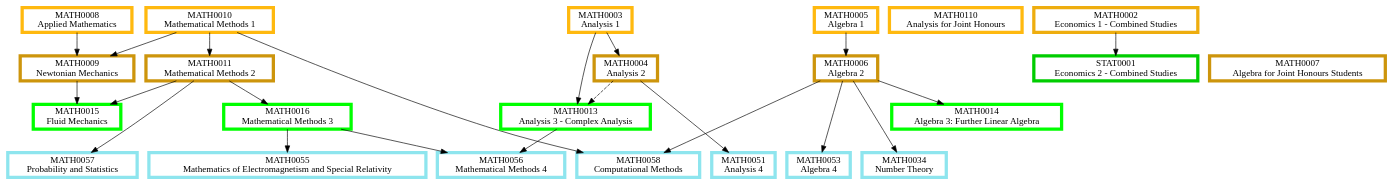
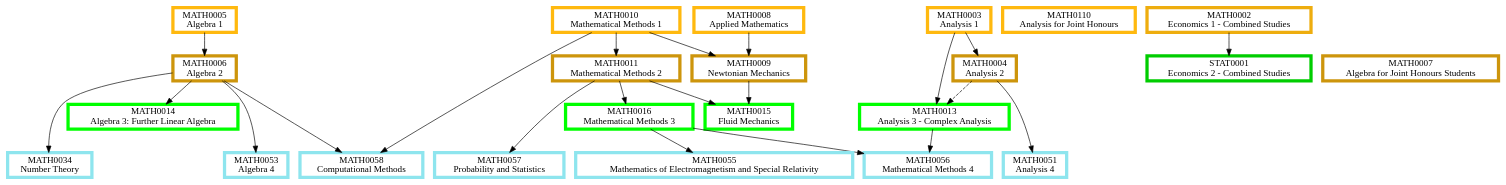
Before and after one commit to matthew-towers/pathways: the diagram in First and Second Year.dot, drawn with Graphviz. The commit also changed 12 other files, not shown here.

```diff
--- a/First and Second Year.dot
+++ b/First and Second Year.dot
@@ -1,88 +1,88 @@
 digraph {
 	node [fillcolor=white penwidth=5 shape=box style="filled,bold"]
 	subgraph "1.0 1" {
 		rank=same
+		MATH0005 [label="MATH0005
+Algebra 1" color=darkgoldenrod1 href="https://www.ucl.ac.uk/mathematical-physical-sciences/sites/mathematical_physical_sciences/files/2025-09/math0005 syllabus.pdf" tooltip="Year 1, term 1"]
 		MATH0010 [label="MATH0010
 Mathematical Methods 1" color=darkgoldenrod1 href="https://www.ucl.ac.uk/mathematical-physical-sciences/sites/mathematical_physical_sciences/files/math0010.pdf" tooltip="Year 1, term 1"]
 		MATH0003 [label="MATH0003
 Analysis 1" color=darkgoldenrod1 href="https://www.ucl.ac.uk/mathematical-physical-sciences/sites/mathematical_physical_sciences/files/2025-09/math0003.pdf" tooltip="Year 1, term 1"]
+		MATH0008 [label="MATH0008
+Applied Mathematics" color=darkgoldenrod1 href="https://www.ucl.ac.uk/mathematical-physical-sciences/sites/mathematical_physical_sciences/files/math0008.pdf" tooltip="Year 1, term 1"]
 		MATH0110 [label="MATH0110
 Analysis for Joint Honours" color=darkgoldenrod1 href="https://www.ucl.ac.uk/mathematical-physical-sciences/sites/mathematical_physical_sciences/files/math0110_1.pdf" tooltip="Year 1, term 1"]
-		MATH0005 [label="MATH0005
-Algebra 1" color=darkgoldenrod1 href="https://www.ucl.ac.uk/mathematical-physical-sciences/sites/mathematical_physical_sciences/files/2025-09/math0005 syllabus.pdf" tooltip="Year 1, term 1"]
-		MATH0008 [label="MATH0008
-Applied Mathematics" color=darkgoldenrod1 href="https://www.ucl.ac.uk/mathematical-physical-sciences/sites/mathematical_physical_sciences/files/math0008.pdf" tooltip="Year 1, term 1"]
 	}
 	subgraph "1.0 1.5" {
 		rank=same
 		MATH0002 [label="MATH0002
 Economics 1 - Combined Studies" color=darkgoldenrod2 href="https://www.ucl.ac.uk/mathematical-physical-sciences/sites/mathematical_physical_sciences/files/math0002.pdf" tooltip="Year 1, term 1 and 2"]
 	}
 	MATH0005 -> MATH0006 [tooltip="required prerequisite"]
+	MATH0010 -> MATH0011 [tooltip="required prerequisite"]
 	MATH0008 -> MATH0009 [tooltip="required prerequisite"]
 	MATH0010 -> MATH0009 [tooltip="required prerequisite"]
-	MATH0010 -> MATH0011 [tooltip="required prerequisite"]
 	MATH0003 -> MATH0004 [tooltip="required prerequisite"]
 	subgraph "1.0 2" {
 		rank=same
 		MATH0006 [label="MATH0006
 Algebra 2" color=darkgoldenrod3 href="https://www.ucl.ac.uk/mathematical-physical-sciences/sites/mathematical_physical_sciences/files/math0006.pdf" tooltip="Year 1, term 2"]
+		MATH0011 [label="MATH0011
+Mathematical Methods 2" color=darkgoldenrod3 href="https://www.ucl.ac.uk/mathematical-physical-sciences/sites/mathematical_physical_sciences/files/math0011.pdf" tooltip="Year 1, term 2"]
 		MATH0009 [label="MATH0009
 Newtonian Mechanics" color=darkgoldenrod3 href="https://www.ucl.ac.uk/mathematical-physical-sciences/sites/mathematical_physical_sciences/files/math0009.pdf" tooltip="Year 1, term 2"]
-		MATH0011 [label="MATH0011
-Mathematical Methods 2" color=darkgoldenrod3 href="https://www.ucl.ac.uk/mathematical-physical-sciences/sites/mathematical_physical_sciences/files/math0011_3.pdf" tooltip="Year 1, term 2"]
+		MATH0004 [label="MATH0004
+Analysis 2" color=darkgoldenrod3 href="https://www.ucl.ac.uk/mathematical-physical-sciences/sites/mathematical_physical_sciences/files/math0004.pdf" tooltip="Year 1, term 2"]
 		MATH0007 [label="MATH0007
 Algebra for Joint Honours Students" color=darkgoldenrod3 href="https://www.ucl.ac.uk/mathematical-physical-sciences/sites/mathematical_physical_sciences/files/math0007.pdf" tooltip="Year 1, term 2"]
-		MATH0004 [label="MATH0004
-Analysis 2" color=darkgoldenrod3 href="https://www.ucl.ac.uk/mathematical-physical-sciences/sites/mathematical_physical_sciences/files/math0004.pdf" tooltip="Year 1, term 2"]
 	}
+	MATH0011 -> MATH0015 [tooltip="required prerequisite"]
+	MATH0009 -> MATH0015 [tooltip="required prerequisite"]
 	MATH0006 -> MATH0014 [tooltip="required prerequisite"]
 	MATH0011 -> MATH0016 [tooltip="required prerequisite"]
-	MATH0011 -> MATH0015 [tooltip="required prerequisite"]
-	MATH0009 -> MATH0015 [tooltip="required prerequisite"]
 	MATH0003 -> MATH0013 [tooltip="required prerequisite"]
 	MATH0004 -> MATH0013 [style=dashed tooltip="recommended prerequisite"]
 	subgraph "2.0 1" {
 		rank=same
+		MATH0015 [label="MATH0015
+Fluid Mechanics" color=green1 href="https://www.ucl.ac.uk/mathematical-physical-sciences/sites/mathematical_physical_sciences/files/2025-09/math0015.pdf" tooltip="Year 2, term 1"]
 		MATH0014 [label="MATH0014
 Algebra 3: Further Linear Algebra" color=green1 href="https://www.ucl.ac.uk/mathematical-physical-sciences/sites/mathematical_physical_sciences/files/2025-09/math0014_0.pdf" tooltip="Year 2, term 1"]
 		MATH0016 [label="MATH0016
 Mathematical Methods 3" color=green1 href="https://www.ucl.ac.uk/mathematical-physical-sciences/sites/mathematical_physical_sciences/files/2025-09/math0016_0.pdf" tooltip="Year 2, term 1"]
-		MATH0015 [label="MATH0015
-Fluid Mechanics" color=green1 href="https://www.ucl.ac.uk/mathematical-physical-sciences/sites/mathematical_physical_sciences/files/2025-09/math0015.pdf" tooltip="Year 2, term 1"]
 		MATH0013 [label="MATH0013
 Analysis 3 - Complex Analysis" color=green1 href="https://www.ucl.ac.uk/mathematical-physical-sciences/sites/mathematical_physical_sciences/files/2025-09/math0013_0.pdf" tooltip="Year 2, term 1"]
 	}
 	MATH0002 -> STAT0001 [tooltip="required prerequisite"]
 	subgraph "2 1.5" {
 		rank=same
 		STAT0001 [label="STAT0001
 Economics 2 - Combined Studies" color=green3 href="https://www.ucl.ac.uk/mathematical-physical-sciences/sites/mathematical_physical_sciences/files/stat0001.pdf" tooltip="Year 2, term 1 and 2"]
 	}
-	MATH0004 -> MATH0051 [tooltip="required prerequisite"]
 	MATH0010 -> MATH0058 [tooltip="required prerequisite"]
 	MATH0006 -> MATH0058 [tooltip="required prerequisite"]
+	MATH0004 -> MATH0051 [tooltip="required prerequisite"]
+	MATH0011 -> MATH0057 [tooltip="required prerequisite"]
 	MATH0013 -> MATH0056 [tooltip="required prerequisite"]
 	MATH0016 -> MATH0056 [tooltip="required prerequisite"]
 	MATH0006 -> MATH0034 [tooltip="required prerequisite"]
+	MATH0016 -> MATH0055 [tooltip="required prerequisite"]
 	MATH0006 -> MATH0053 [tooltip="required prerequisite"]
-	MATH0011 -> MATH0057 [tooltip="required prerequisite"]
-	MATH0016 -> MATH0055 [tooltip="required prerequisite"]
 	subgraph "2.5 2" {
 		rank=same
+		MATH0058 [label="MATH0058
+Computational Methods" color=cadetblue2 href="https://www.ucl.ac.uk/mathematical-physical-sciences/sites/mathematical_physical_sciences/files/math0058.pdf" tooltip="Year 2 or 3, term 2"]
 		MATH0051 [label="MATH0051
 Analysis 4" color=cadetblue2 href="https://www.ucl.ac.uk/mathematical-physical-sciences/sites/mathematical_physical_sciences/files/math0051.pdf" tooltip="Year 2 or 3, term 2"]
-		MATH0058 [label="MATH0058
-Computational Methods" color=cadetblue2 href="https://www.ucl.ac.uk/mathematical-physical-sciences/sites/mathematical_physical_sciences/files/math0058.pdf" tooltip="Year 2 or 3, term 2"]
+		MATH0057 [label="MATH0057
+Probability and Statistics" color=cadetblue2 href="https://www.ucl.ac.uk/mathematical-physical-sciences/sites/mathematical_physical_sciences/files/math0057.pdf" tooltip="Year 2 or 3, term 2"]
 		MATH0056 [label="MATH0056
 Mathematical Methods 4" color=cadetblue2 href="https://www.ucl.ac.uk/mathematical-physical-sciences/sites/mathematical_physical_sciences/files/math0056.pdf" tooltip="Year 2 or 3, term 2"]
 		MATH0034 [label="MATH0034
 Number Theory" color=cadetblue2 href="https://www.ucl.ac.uk/mathematical-physical-sciences/sites/mathematical_physical_sciences/files/math0034.pdf" tooltip="Year 2 or 3, term 2"]
+		MATH0055 [label="MATH0055
+Mathematics of Electromagnetism and Special Relativity" color=cadetblue2 href="https://www.ucl.ac.uk/mathematical-physical-sciences/sites/mathematical_physical_sciences/files/math0055_3.pdf" tooltip="Year 2 or 3, term 2"]
 		MATH0053 [label="MATH0053
 Algebra 4" color=cadetblue2 href="https://www.ucl.ac.uk/mathematical-physical-sciences/sites/mathematical_physical_sciences/files/math0053.pdf" tooltip="Year 2 or 3, term 2"]
-		MATH0057 [label="MATH0057
-Probability and Statistics" color=cadetblue2 href="https://www.ucl.ac.uk/mathematical-physical-sciences/sites/mathematical_physical_sciences/files/math0057.pdf" tooltip="Year 2 or 3, term 2"]
-		MATH0055 [label="MATH0055
-Mathematics of Electromagnetism and Special Relativity" color=cadetblue2 href="https://www.ucl.ac.uk/mathematical-physical-sciences/sites/mathematical_physical_sciences/files/math0055_3.pdf" tooltip="Year 2 or 3, term 2"]
 	}
 }
```
